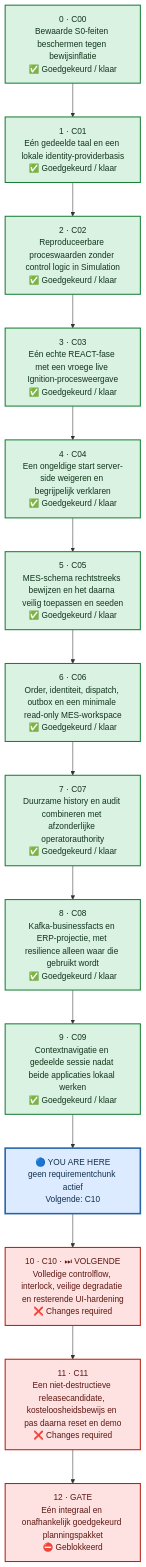
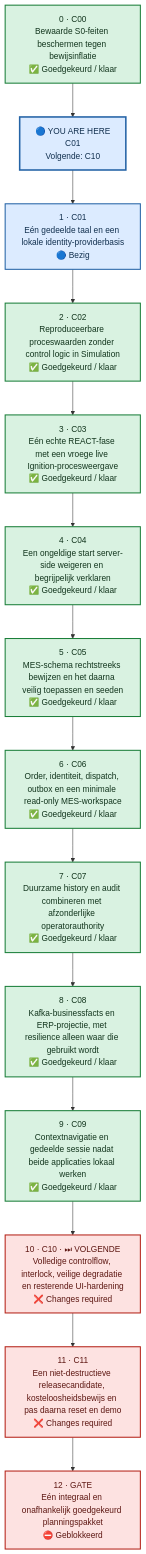
One commit to Jandesch91/n1-bioforge-requirements-cockpit changed the diagram in chunks.mmd. Above: the diagram before and after it, drawn with Mermaid. The commit also changed 4 other files, not shown here.

```diff
--- a/chunks.mmd
+++ b/chunks.mmd
@@ -1,39 +1,39 @@
 %%{init: {"flowchart": {"curve": "linear", "nodeSpacing": 55, "rankSpacing": 65, "htmlLabels": true}}}%%
 flowchart TB
     %% One vertical lane: order is explicit and no dependency arrows cross.
     chunk_0["0 · C00<br/>Bewaarde S0-feiten beschermen tegen bewijsinflatie<br/>✅ Goedgekeurd / klaar"]
-    chunk_1["1 · C01<br/>Eén gedeelde taal en een lokale identity-providerbasis<br/>✅ Goedgekeurd / klaar"]
+    chunk_1["1 · C01<br/>Eén gedeelde taal en een lokale identity-providerbasis<br/>🔵 Bezig"]
     chunk_2["2 · C02<br/>Reproduceerbare proceswaarden zonder control logic in Simulation<br/>✅ Goedgekeurd / klaar"]
     chunk_3["3 · C03<br/>Eén echte REACT-fase met een vroege live Ignition-procesweergave<br/>✅ Goedgekeurd / klaar"]
     chunk_4["4 · C04<br/>Een ongeldige start server-side weigeren en begrijpelijk verklaren<br/>✅ Goedgekeurd / klaar"]
     chunk_5["5 · C05<br/>MES-schema rechtstreeks bewijzen en het daarna veilig toepassen en seeden<br/>✅ Goedgekeurd / klaar"]
     chunk_6["6 · C06<br/>Order, identiteit, dispatch, outbox en een minimale read-only MES-workspace<br/>✅ Goedgekeurd / klaar"]
     chunk_7["7 · C07<br/>Duurzame history en audit combineren met afzonderlijke operatorauthority<br/>✅ Goedgekeurd / klaar"]
     chunk_8["8 · C08<br/>Kafka-businessfacts en ERP-projectie, met resilience alleen waar die gebruikt wordt<br/>✅ Goedgekeurd / klaar"]
     chunk_9["9 · C09<br/>Contextnavigatie en gedeelde sessie nadat beide applicaties lokaal werken<br/>✅ Goedgekeurd / klaar"]
     chunk_10["10 · C10 · ⏭ VOLGENDE<br/>Volledige controlflow, interlock, veilige degradatie en resterende UI-hardening<br/>❌ Changes required"]
     chunk_11["11 · C11<br/>Een niet-destructieve releasecandidate, kosteloosheidsbewijs en pas daarna reset en demo<br/>❌ Changes required"]
     chunk_12["12 · GATE<br/>Eén integraal en onafhankelijk goedgekeurd planningspakket<br/>⛔ Geblokkeerd"]
-    current_marker["🔵 YOU ARE HERE<br/>geen requirementchunk actief<br/>Volgende: C10"]
-    chunk_0 --> chunk_1 --> chunk_2 --> chunk_3 --> chunk_4 --> chunk_5 --> chunk_6 --> chunk_7 --> chunk_8 --> chunk_9 --> current_marker --> chunk_10 --> chunk_11 --> chunk_12
+    current_marker["🔵 YOU ARE HERE<br/>C01<br/>Volgende: C10"]
+    chunk_0 --> current_marker --> chunk_1 --> chunk_2 --> chunk_3 --> chunk_4 --> chunk_5 --> chunk_6 --> chunk_7 --> chunk_8 --> chunk_9 --> chunk_10 --> chunk_11 --> chunk_12
     classDef approved fill:#D9F2E1,stroke:#1B7F3A,color:#12351D,stroke-width:2px
     classDef inprogress fill:#DCEBFF,stroke:#2463A6,color:#12304F,stroke-width:2px
     classDef human fill:#FFF2BF,stroke:#A66B00,color:#4D3300,stroke-width:2px
     classDef changes fill:#FDE2E1,stroke:#B42318,color:#5D1712,stroke-width:2px
     classDef blocked fill:#FDE2E1,stroke:#B42318,color:#5D1712,stroke-width:2px
     classDef notstarted fill:#F2F4F7,stroke:#667085,color:#344054,stroke-width:2px
     classDef current fill:#DCEBFF,stroke:#2463A6,color:#12304F,stroke-width:3px
     class chunk_0 approved
-    class chunk_1 approved
+    class chunk_1 inprogress
     class chunk_2 approved
     class chunk_3 approved
     class chunk_4 approved
     class chunk_5 approved
     class chunk_6 approved
     class chunk_7 approved
     class chunk_8 approved
     class chunk_9 approved
     class chunk_10 changes
     class chunk_11 changes
     class chunk_12 blocked
     class current_marker current
```
